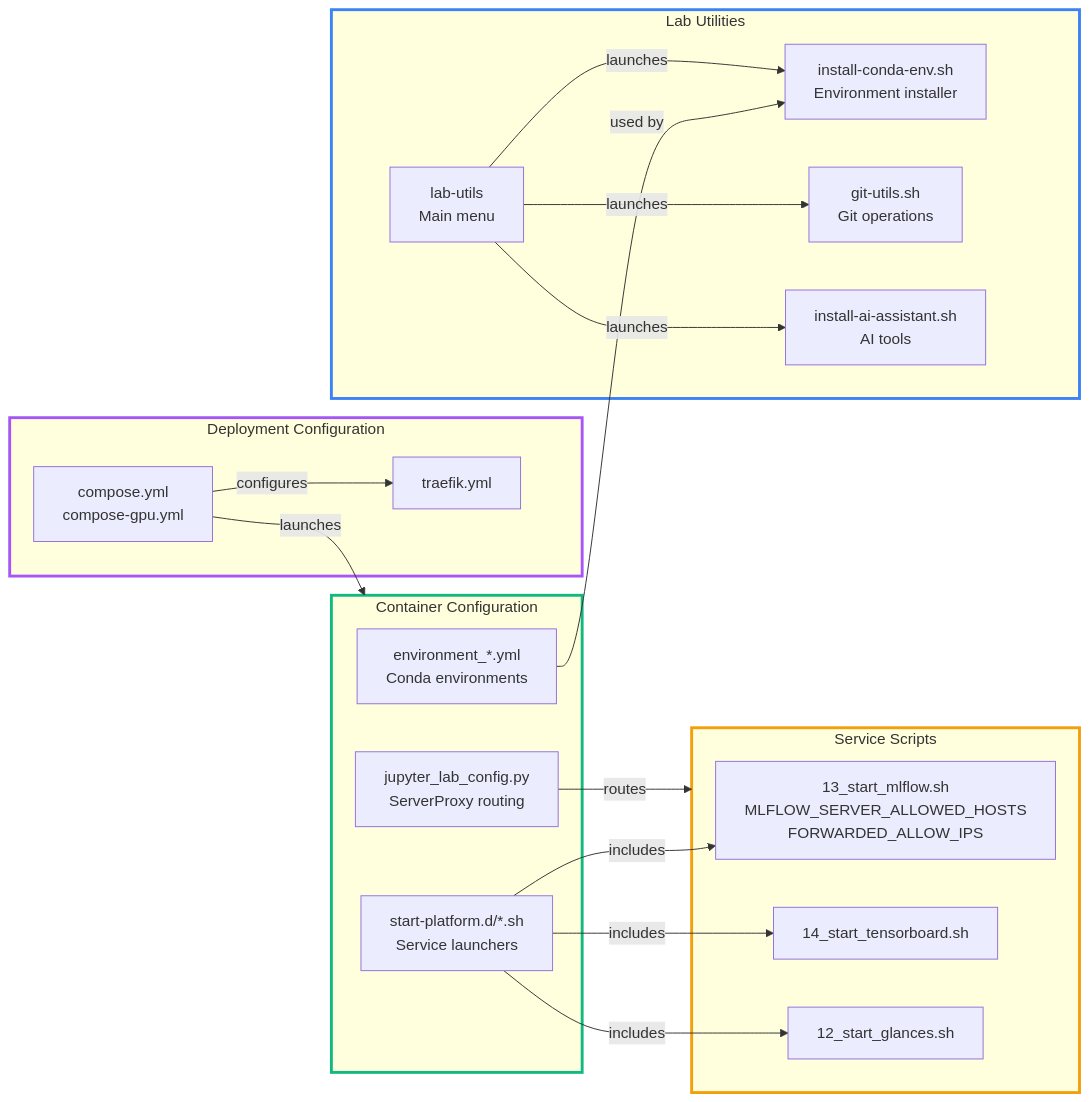
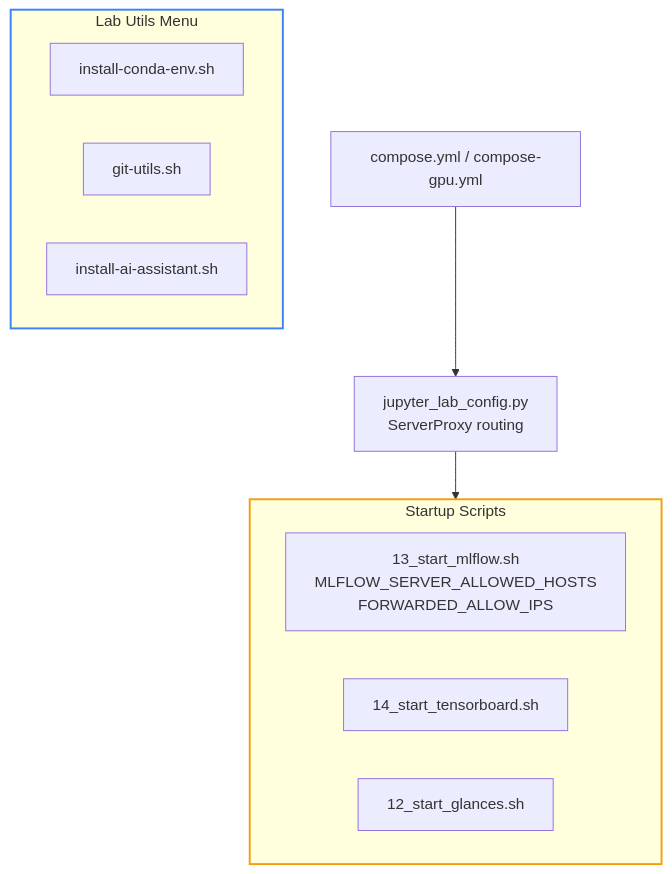
The second of 2 diagrams in README.md (stellarshenson/stellars-jupyterlab-ds), drawn with Mermaid before and after one commit.

Commit message:
docs: simplify configuration diagram layout

````diff
--- a/README.md
+++ b/README.md
@@ -167,44 +167,23 @@
 ```mermaid
-graph LR
-    subgraph Deployment["Deployment Configuration"]
-        Compose[compose.yml<br/>compose-gpu.yml]
-        TraefikConf[traefik.yml]
-    end
+graph TB
+    Compose[compose.yml / compose-gpu.yml]
+    JLabConfig[jupyter_lab_config.py<br/>ServerProxy routing]
 
-    subgraph Container["Container Configuration"]
-        JLabConfig[jupyter_lab_config.py<br/>ServerProxy routing]
-        EnvFiles[environment_*.yml<br/>Conda environments]
-        StartScripts[start-platform.d/*.sh<br/>Service launchers]
-    end
-
-    subgraph Services["Service Scripts"]
+    subgraph Scripts["Startup Scripts"]
         MLflowScript[13_start_mlflow.sh<br/>MLFLOW_SERVER_ALLOWED_HOSTS<br/>FORWARDED_ALLOW_IPS]
         TBScript[14_start_tensorboard.sh]
         GlancesScript[12_start_glances.sh]
     end
 
-    subgraph Utils["Lab Utilities"]
-        LabUtils[lab-utils<br/>Main menu]
-        CondaEnv[install-conda-env.sh<br/>Environment installer]
-        GitUtils[git-utils.sh<br/>Git operations]
-        AIAssist[install-ai-assistant.sh<br/>AI tools]
+    subgraph Utils["Lab Utils Menu"]
+        CondaEnv[install-conda-env.sh]
+        GitUtils[git-utils.sh]
+        AIAssist[install-ai-assistant.sh]
     end
 
-    Compose -->|configures| TraefikConf
-    Compose -->|launches| Container
+    Compose --> JLabConfig
+    JLabConfig --> Scripts
 
-    JLabConfig -->|routes| Services
-    EnvFiles -->|used by| CondaEnv
-    StartScripts -->|includes| MLflowScript
-    StartScripts -->|includes| TBScript
-    StartScripts -->|includes| GlancesScript
-
-    LabUtils -->|launches| CondaEnv
-    LabUtils -->|launches| GitUtils
-    LabUtils -->|launches| AIAssist
-
-    style Deployment stroke:#a855f7,stroke-width:3px
-    style Container stroke:#10b981,stroke-width:3px
-    style Services stroke:#f59e0b,stroke-width:3px
-    style Utils stroke:#3b82f6,stroke-width:3px
+    style Scripts stroke:#f59e0b,stroke-width:2px
+    style Utils stroke:#3b82f6,stroke-width:2px
 ```
````
